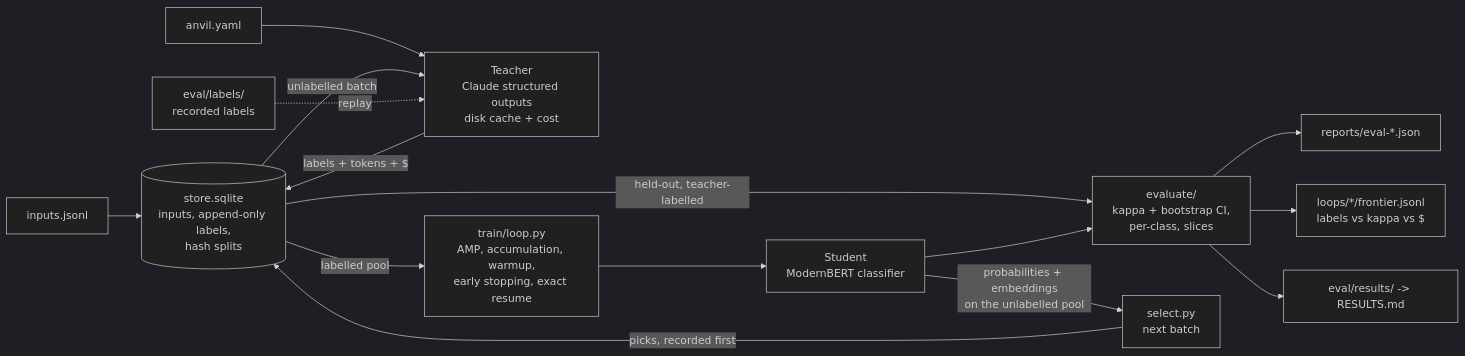
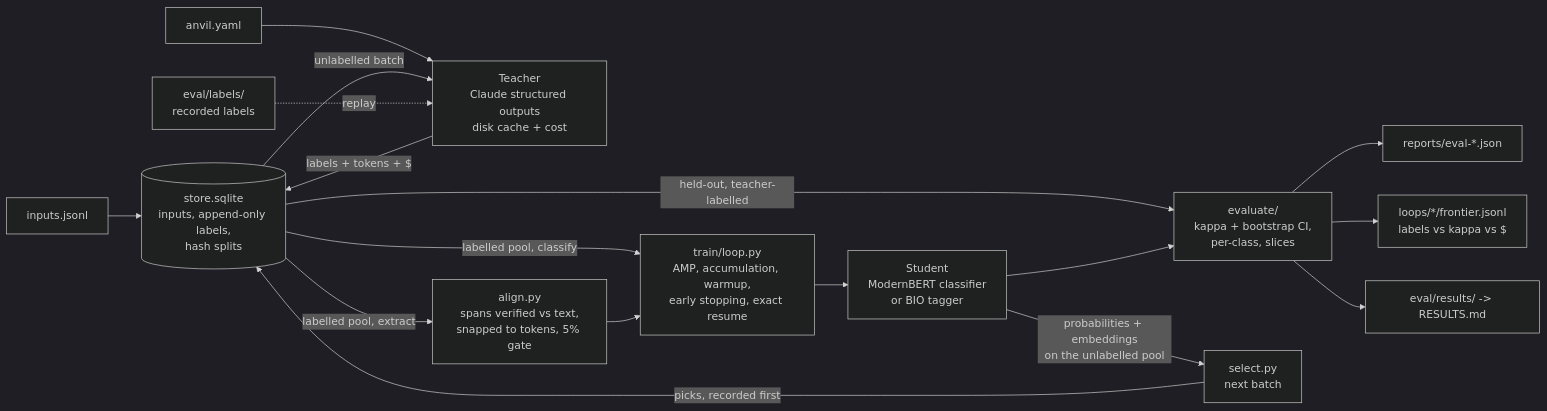
Before and after one commit to TheAsianFish/anvil: the diagram in README.md, drawn with Mermaid (dark theme). The commit also changed other lines of this file and 41 other files, not shown here.

First line of the commit message:
M4: Extraction — teacher schema with character-offset spans, `align.py` (verification, token snapping, unali (#5)

````diff
--- a/README.md
+++ b/README.md
@@ -107,17 +137,19 @@
 ```mermaid
 flowchart LR
     I[inputs.jsonl] --> ST[(store.sqlite<br/>inputs, append-only labels,<br/>hash splits)]
     SPEC[anvil.yaml] --> T
     ST -->|unlabelled batch| T[Teacher<br/>Claude structured outputs<br/>disk cache + cost]
     T -->|labels + tokens + $| ST
-    ST -->|labelled pool| TR[train/loop.py<br/>AMP, accumulation, warmup,<br/>early stopping, exact resume]
-    TR --> S[Student<br/>ModernBERT classifier]
+    ST -->|labelled pool, classify| TR[train/loop.py<br/>AMP, accumulation, warmup,<br/>early stopping, exact resume]
+    ST -->|labelled pool, extract| AL[align.py<br/>spans verified vs text,<br/>snapped to tokens, 5% gate]
+    AL --> TR
+    TR --> S[Student<br/>ModernBERT classifier<br/>or BIO tagger]
     ST -->|held-out, teacher-labelled| EV[evaluate/<br/>kappa + bootstrap CI,<br/>per-class, slices]
     S --> EV
     EV --> R[reports/eval-*.json]
     S -->|probabilities + embeddings<br/>on the unlabelled pool| SEL[select.py<br/>next batch]
     SEL -->|picks, recorded first| ST
     EV --> FR[loops/*/frontier.jsonl<br/>labels vs kappa vs $]
     LF[eval/labels/<br/>recorded labels] -.->|replay| T
     EV --> RES[eval/results/ -> RESULTS.md]
 ```
````
